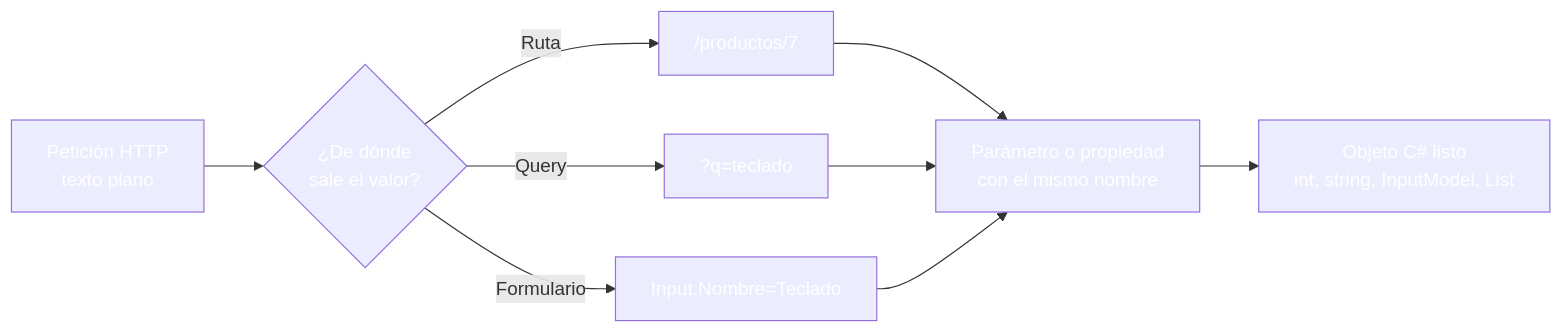
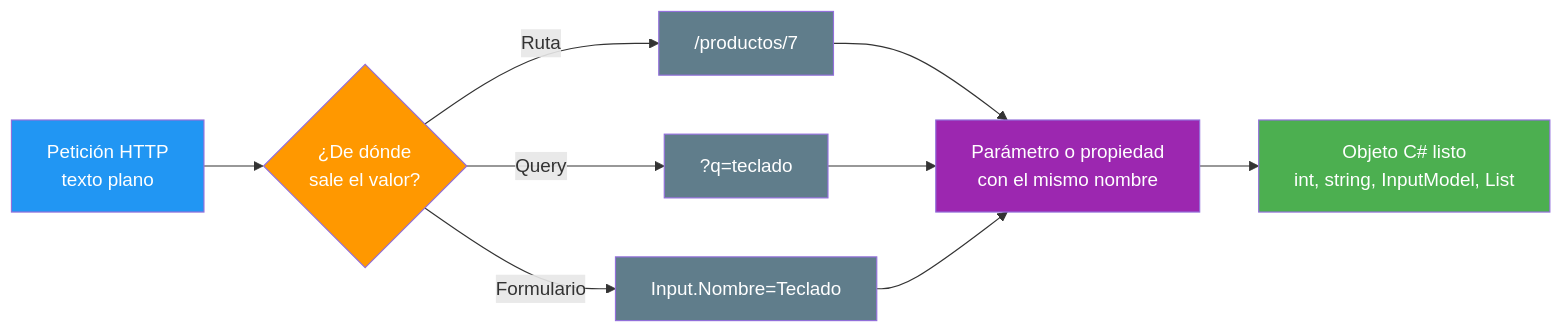
One commit to joseluisgs/DesarrolloWebEntornosServidor-03-2026-2027 changed the diagram in 14-model-binding.md. Above: the diagram before and after it, drawn with Mermaid. The commit also changed 25 other files, not shown here.

Commit message:
docs: corregir los estilos Mermaid de los temas y alinear el dominio del tema 25 con ProductosApp

````diff
--- a/14-model-binding.md
+++ b/14-model-binding.md
@@ -41,18 +41,18 @@
 ```mermaid
 graph LR
     A["Petición HTTP<br/>texto plano"] --> B{"¿De dónde<br/>sale el valor?"}
     B -->|Ruta| C["/productos/7"]
     B -->|Query| D["?q=teclado"]
     B -->|Formulario| E["Input.Nombre=Teclado"]
     C --> F["Parámetro o propiedad<br/>con el mismo nombre"]
     D --> F
     E --> F
     F --> G["Objeto C# listo<br/>int, string, InputModel, List"]
-    style A fill:#2196F,color:#fff3,color:#fff
-    style B fill:#FF980,color:#fff0,color:#fff
-    style C fill:#607D8,color:#fffB,color:#fff
-    style D fill:#607D8,color:#fffB,color:#fff
-    style E fill:#607D8,color:#fffB,color:#fff
-    style F fill:#9C27B,color:#fff0,color:#fff
-    style G fill:#4CAF5,color:#fff0,color:#fff
+    style A fill:#2196F3,color:#fff
+    style B fill:#FF9800,color:#fff
+    style C fill:#607D8B,color:#fff
+    style D fill:#607D8B,color:#fff
+    style E fill:#607D8B,color:#fff
+    style F fill:#9C27B0,color:#fff
+    style G fill:#4CAF50,color:#fff
 ```
````
